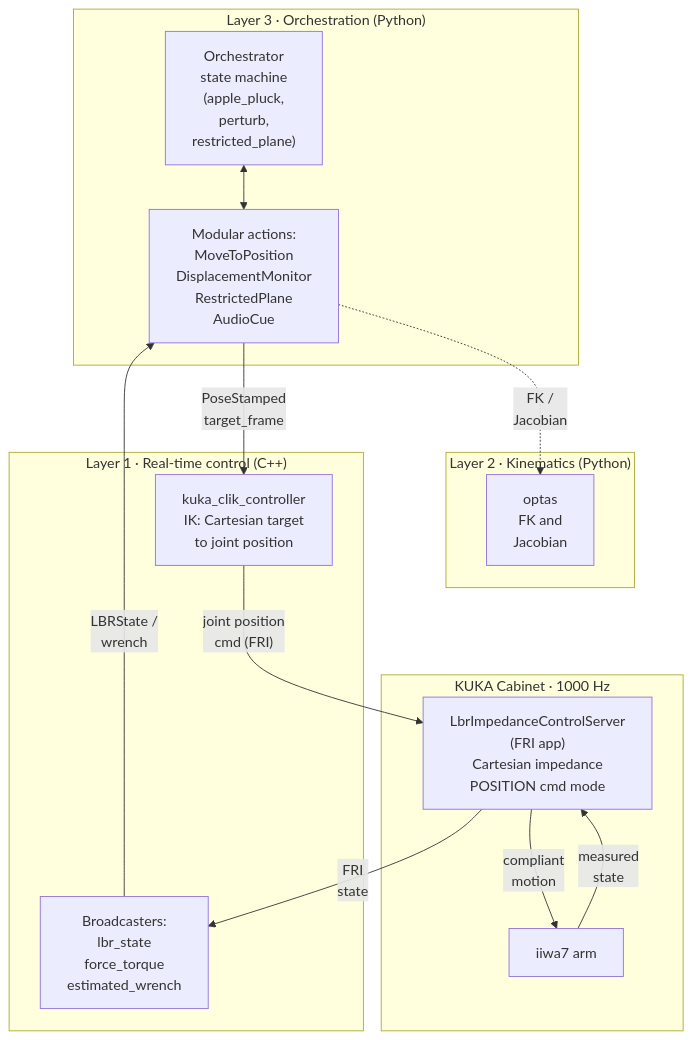
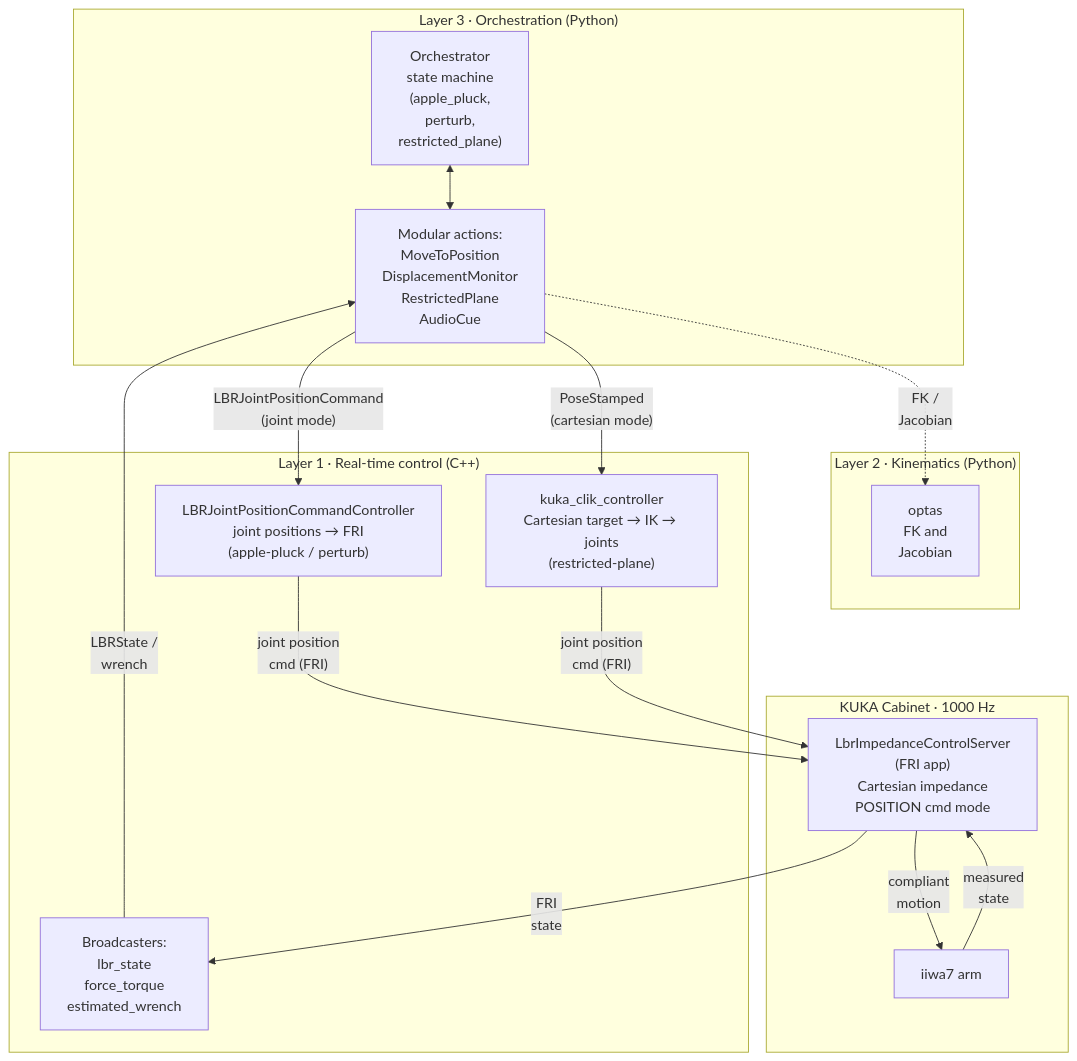
One commit to sinthlab/sinthlab-kuka-stack changed the first of 5 diagrams in README.md. Above: the diagram before and after it, drawn with Mermaid. The commit also changed other lines of this file and 9 other files, not shown here.

Commit message:
separating clik controller from joint space controller for apply pluck experiments

````diff
--- a/README.md
+++ b/README.md
@@ -283,27 +288,30 @@
 ```mermaid
 flowchart TB
     subgraph L3["Layer 3 · Orchestration (Python)"]
         ORCH["Orchestrator<br/>state machine<br/>(apple_pluck,<br/>perturb,<br/>restricted_plane)"]
         ACT["Modular actions:<br/>MoveToPosition<br/>DisplacementMonitor<br/>RestrictedPlane<br/>AudioCue"]
     end
     subgraph L2["Layer 2 · Kinematics (Python)"]
         OPTAS["optas<br/>FK and<br/>Jacobian"]
     end
     subgraph L1["Layer 1 · Real-time control (C++)"]
-        CLIK["kuka_clik_controller<br/>IK: Cartesian target<br/>to joint position"]
+        JPC["LBRJointPositionCommandController<br/>joint positions → FRI<br/>(apple-pluck / perturb)"]
+        CLIK["kuka_clik_controller<br/>Cartesian target → IK → joints<br/>(restricted-plane)"]
         BCAST["Broadcasters:<br/>lbr_state<br/>force_torque<br/>estimated_wrench"]
     end
     subgraph CAB["KUKA Cabinet · 1000 Hz"]
         APP["LbrImpedanceControlServer<br/>(FRI app)<br/>Cartesian impedance<br/>POSITION cmd mode"]
         ARM["iiwa7 arm"]
     end
 
     ORCH <--> ACT
     ACT -. "FK /<br/>Jacobian" .-> OPTAS
-    ACT -- "PoseStamped<br/>target_frame" --> CLIK
+    ACT -- "LBRJointPositionCommand<br/>(joint mode)" --> JPC
+    ACT -- "PoseStamped<br/>(cartesian mode)" --> CLIK
+    JPC -- "joint position<br/>cmd (FRI)" --> APP
     CLIK -- "joint position<br/>cmd (FRI)" --> APP
     APP -- "compliant<br/>motion" --> ARM
     ARM -- "measured<br/>state" --> APP
     APP -- "FRI<br/>state" --> BCAST
     BCAST -- "LBRState /<br/>wrench" --> ACT
 ```
````
